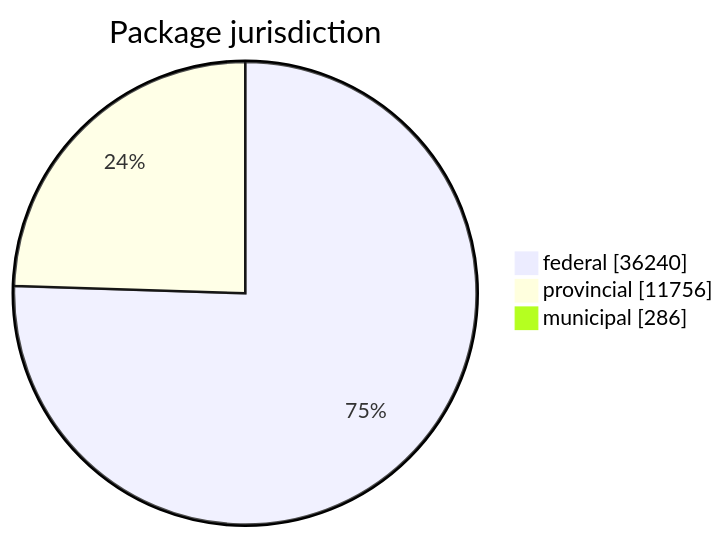
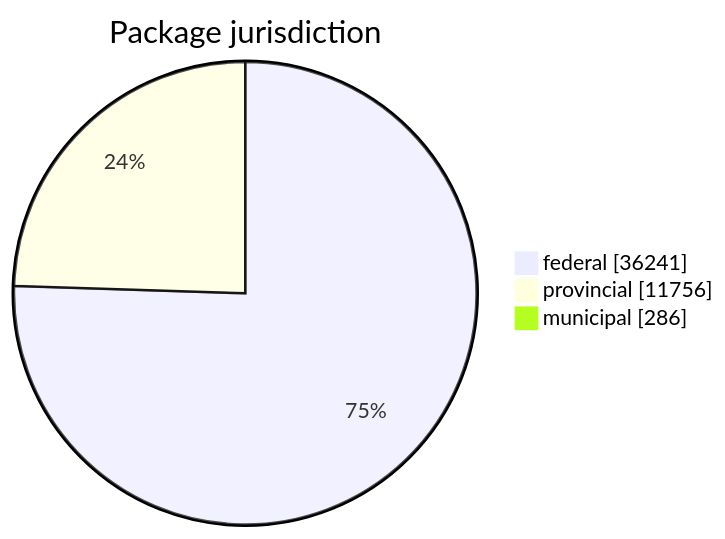
The first of 5 diagrams in FreshCheck/README.md (open-data/analytics-corporate-reporting), drawn with Mermaid before and after one commit. The commit also changed other lines of this file and 3 other files, not shown here.

````diff
--- a/FreshCheck/README.md
+++ b/FreshCheck/README.md
@@ -60,6 +60,6 @@
 ```mermaid
 pie showData title Package jurisdiction
-    "federal": 36240
+    "federal": 36241
     "provincial": 11756
     "municipal": 286
 ```
````
